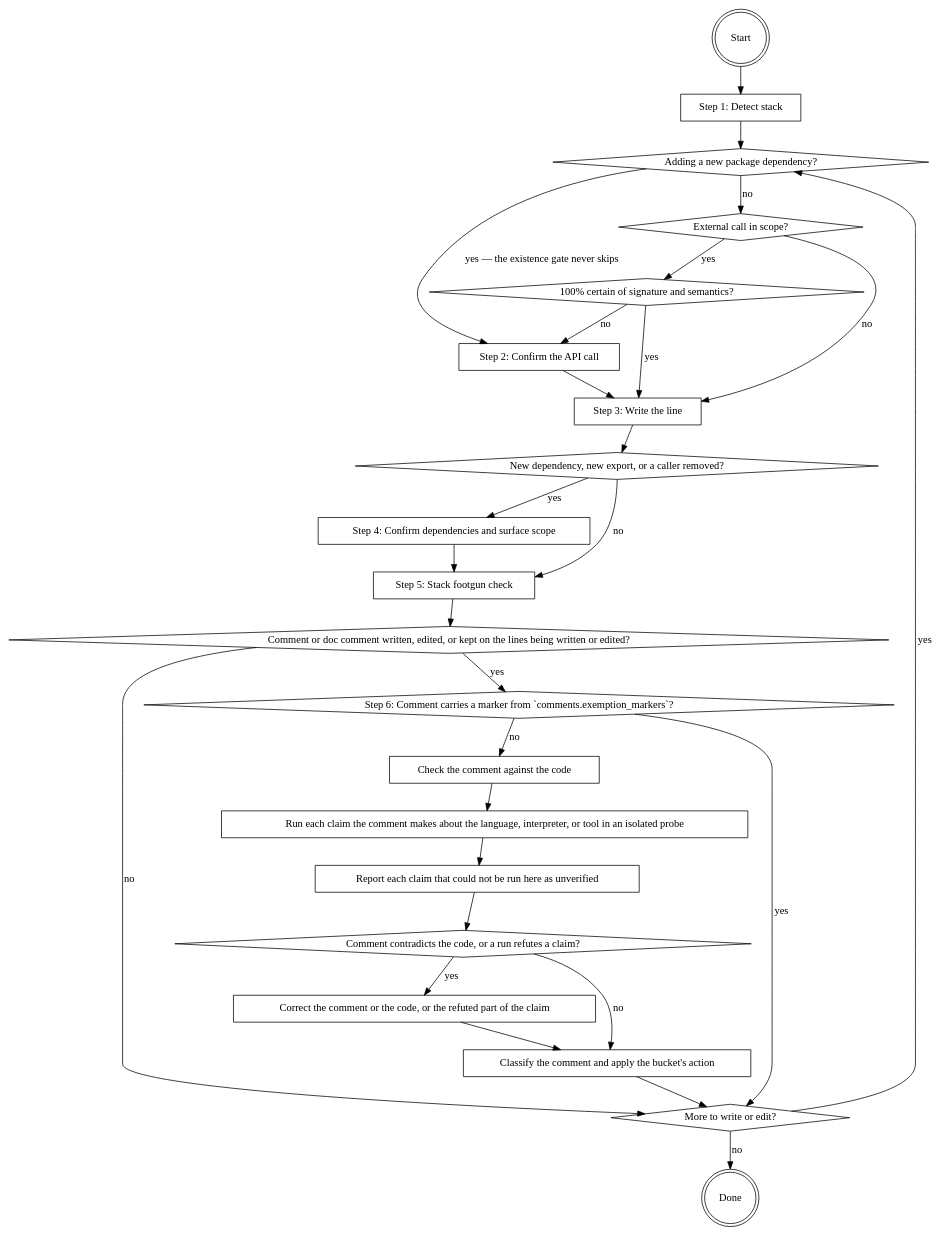
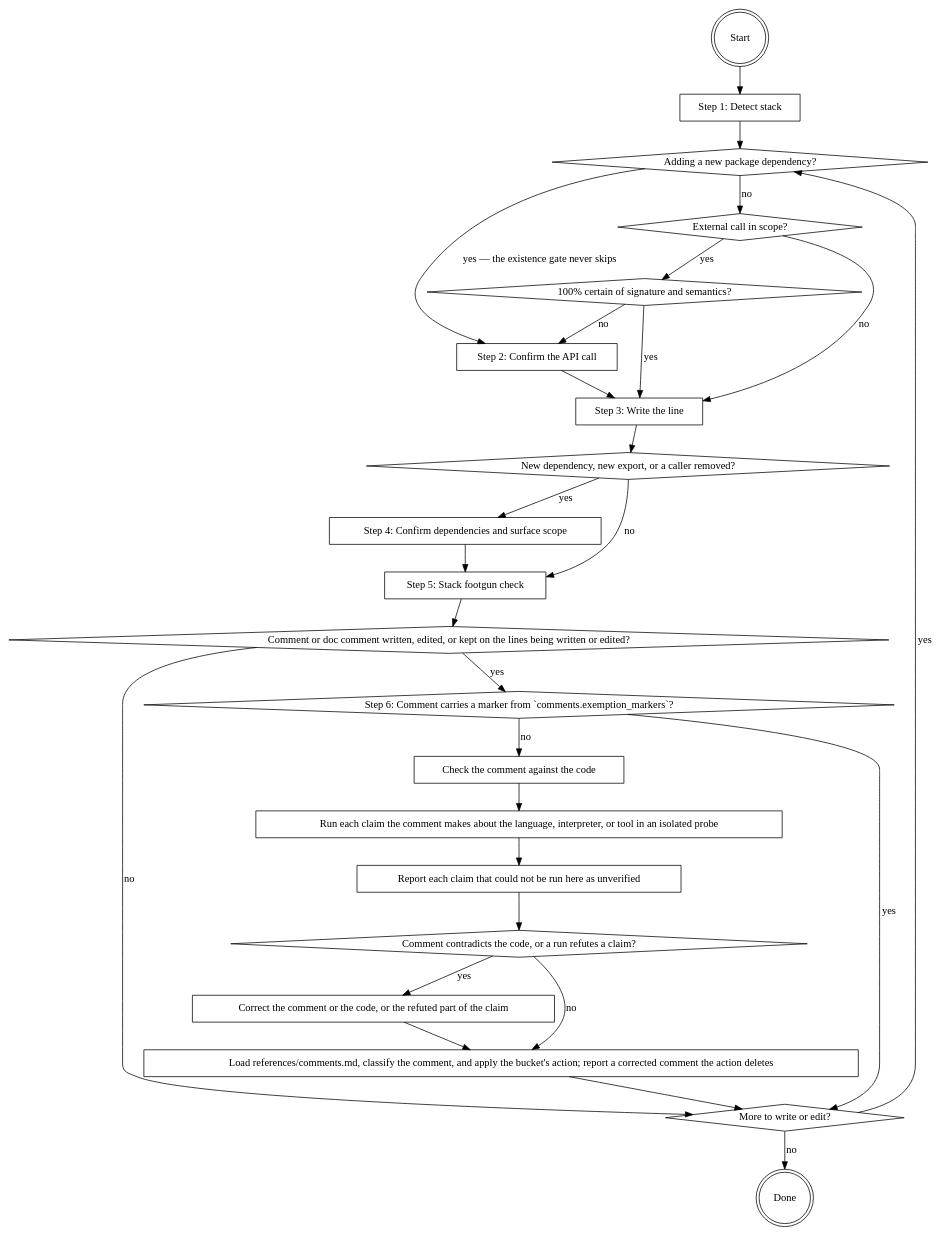
Before and after one commit to it-bens/ai-tools: the diagram in plugins/software-writer/skills/writing-code/SKILL.md, drawn with Graphviz. The commit also changed other lines of this file and 1 other file, not shown here.

Commit message:
fix(software-writer): report corrected comments that get deleted
writing-code Step 6 corrects a comment and then classifies it, and the classification can delete the comment it just corrected, which the user never learned about. The report to the user now names such a deletion and its bucket. The step heading now reads "Check and classify each comment", and the digraph's classify node names loading `references/comments.md`, so every prose action in the step has a node.

````diff
--- a/plugins/software-writer/skills/writing-code/SKILL.md
+++ b/plugins/software-writer/skills/writing-code/SKILL.md
@@ -20,51 +20,51 @@
 ```dot
 digraph writing_code {
     "Start" [shape=doublecircle];
     "Step 1: Detect stack" [shape=box];
     "Adding a new package dependency?" [shape=diamond];
     "External call in scope?" [shape=diamond];
     "100% certain of signature and semantics?" [shape=diamond];
     "Step 2: Confirm the API call" [shape=box];
     "Step 3: Write the line" [shape=box];
     "New dependency, new export, or a caller removed?" [shape=diamond];
     "Step 4: Confirm dependencies and surface scope" [shape=box];
     "Step 5: Stack footgun check" [shape=box];
     "Comment or doc comment written, edited, or kept on the lines being written or edited?" [shape=diamond];
     "Step 6: Comment carries a marker from `comments.exemption_markers`?" [shape=diamond];
     "Check the comment against the code" [shape=box];
     "Run each claim the comment makes about the language, interpreter, or tool in an isolated probe" [shape=box];
     "Report each claim that could not be run here as unverified" [shape=box];
     "Comment contradicts the code, or a run refutes a claim?" [shape=diamond];
     "Correct the comment or the code, or the refuted part of the claim" [shape=box];
-    "Classify the comment and apply the bucket's action" [shape=box];
+    "Load references/comments.md, classify the comment, and apply the bucket's action; report a corrected comment the action deletes" [shape=box];
     "More to write or edit?" [shape=diamond];
     "Done" [shape=doublecircle];
 
     "Start" -> "Step 1: Detect stack" -> "Adding a new package dependency?";
     "Adding a new package dependency?" -> "Step 2: Confirm the API call" [label="yes — the existence gate never skips"];
     "Adding a new package dependency?" -> "External call in scope?" [label="no"];
     "External call in scope?" -> "100% certain of signature and semantics?" [label="yes"];
     "External call in scope?" -> "Step 3: Write the line" [label="no"];
     "100% certain of signature and semantics?" -> "Step 3: Write the line" [label="yes"];
     "100% certain of signature and semantics?" -> "Step 2: Confirm the API call" [label="no"];
     "Step 2: Confirm the API call" -> "Step 3: Write the line";
     "Step 3: Write the line" -> "New dependency, new export, or a caller removed?";
     "New dependency, new export, or a caller removed?" -> "Step 4: Confirm dependencies and surface scope" [label="yes"];
     "New dependency, new export, or a caller removed?" -> "Step 5: Stack footgun check" [label="no"];
     "Step 4: Confirm dependencies and surface scope" -> "Step 5: Stack footgun check";
     "Step 5: Stack footgun check" -> "Comment or doc comment written, edited, or kept on the lines being written or edited?";
     "Comment or doc comment written, edited, or kept on the lines being written or edited?" -> "Step 6: Comment carries a marker from `comments.exemption_markers`?" [label="yes"];
     "Comment or doc comment written, edited, or kept on the lines being written or edited?" -> "More to write or edit?" [label="no"];
     "Step 6: Comment carries a marker from `comments.exemption_markers`?" -> "More to write or edit?" [label="yes"];
     "Step 6: Comment carries a marker from `comments.exemption_markers`?" -> "Check the comment against the code" [label="no"];
     "Check the comment against the code" -> "Run each claim the comment makes about the language, interpreter, or tool in an isolated probe";
     "Run each claim the comment makes about the language, interpreter, or tool in an isolated probe" -> "Report each claim that could not be run here as unverified";
     "Report each claim that could not be run here as unverified" -> "Comment contradicts the code, or a run refutes a claim?";
     "Comment contradicts the code, or a run refutes a claim?" -> "Correct the comment or the code, or the refuted part of the claim" [label="yes"];
-    "Comment contradicts the code, or a run refutes a claim?" -> "Classify the comment and apply the bucket's action" [label="no"];
-    "Correct the comment or the code, or the refuted part of the claim" -> "Classify the comment and apply the bucket's action";
-    "Classify the comment and apply the bucket's action" -> "More to write or edit?";
+    "Comment contradicts the code, or a run refutes a claim?" -> "Load references/comments.md, classify the comment, and apply the bucket's action; report a corrected comment the action deletes" [label="no"];
+    "Correct the comment or the code, or the refuted part of the claim" -> "Load references/comments.md, classify the comment, and apply the bucket's action; report a corrected comment the action deletes";
+    "Load references/comments.md, classify the comment, and apply the bucket's action; report a corrected comment the action deletes" -> "More to write or edit?";
     "More to write or edit?" -> "Adding a new package dependency?" [label="yes"];
     "More to write or edit?" -> "Done" [label="no"];
 }
 ```
````
